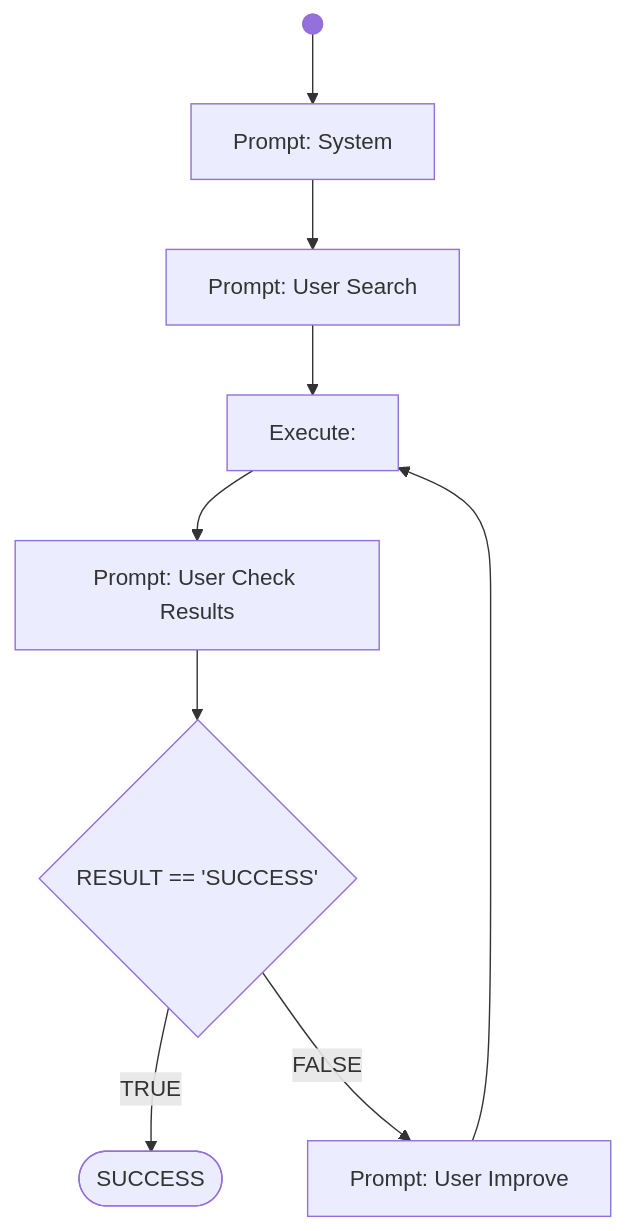
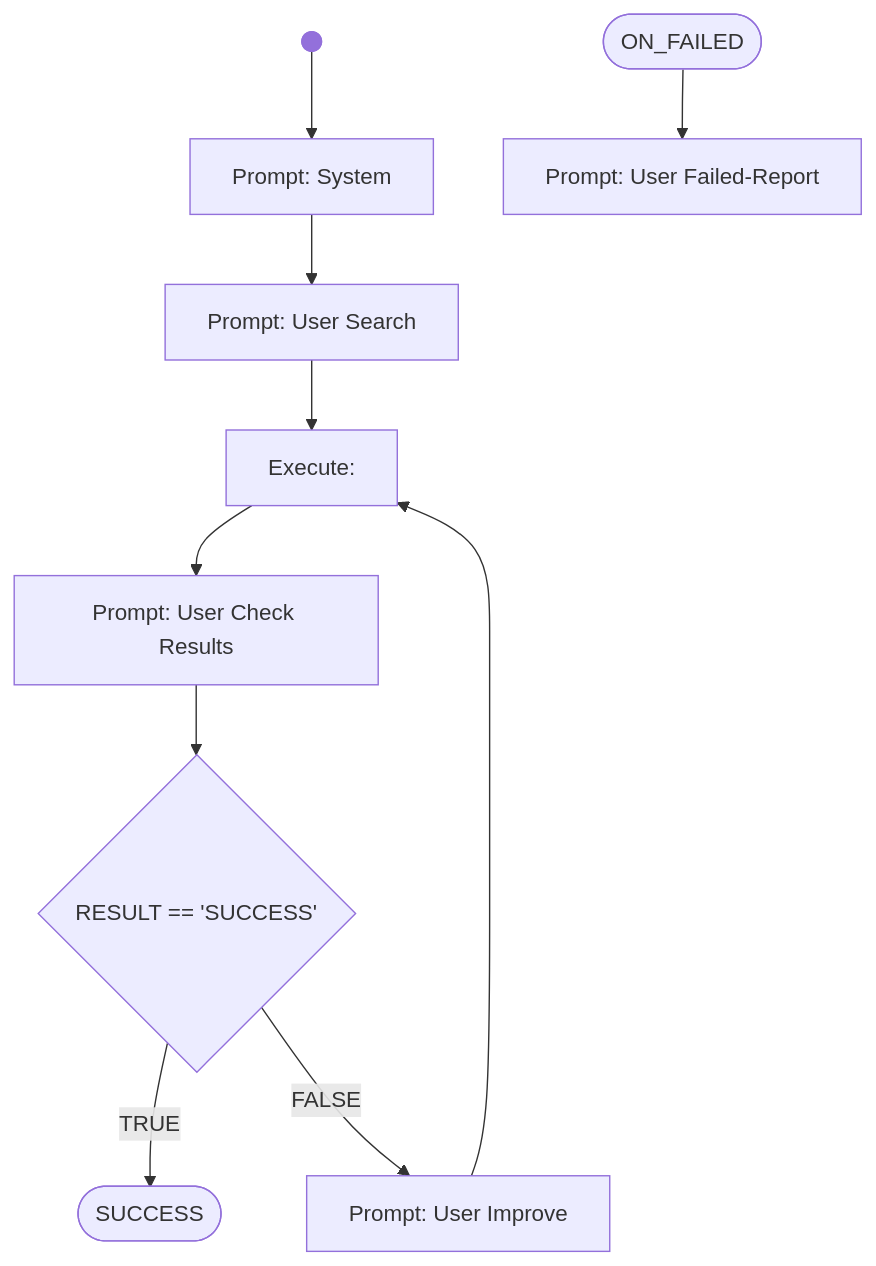
The diagram in workflows/tutorial/lesson3.wf.md (BernLeWal/AICodeMentor), drawn with Mermaid before and after one commit. The commit also changed other lines of this file and 8 other files, not shown here.

Commit message:
added ON_FAILED and ON_SUCCESS handlers

````diff
--- a/workflows/tutorial/lesson3.wf.md
+++ b/workflows/tutorial/lesson3.wf.md
@@ -19,16 +19,22 @@
 ```mermaid
 flowchart TD
     START@{ shape: f-circ, label:"start"} --> PROMPT_SYSTEM
     PROMPT_SYSTEM[Prompt: System] --> PROMPT_SEARCH
 
     PROMPT_SEARCH[Prompt: User Search] --> EXECUTE_OUTPUT
     EXECUTE_OUTPUT[Execute: ] --> PROMPT_CHECK_RESULTS
 
     PROMPT_CHECK_RESULTS[Prompt: User Check Results] --> CHECK_RESULT_SUCCESS{RESULT == 'SUCCESS'}
     CHECK_RESULT_SUCCESS --> |TRUE| SUCCESS
     CHECK_RESULT_SUCCESS --> |FALSE| PROMPT_IMPROVE
 
     PROMPT_IMPROVE[Prompt: User Improve] --> EXECUTE_OUTPUT
 
-    SUCCESS@{ shape: stadium  }
+    SUCCESS([ SUCCESS ])
+
+
+    %% Event-handler: ON_FAILED
+    ON_FAILED@{ shape: stadium } --> PROMPT_FAILED_REPORT
+    PROMPT_FAILED_REPORT[Prompt: User Failed-Report]
+
 ```
````
